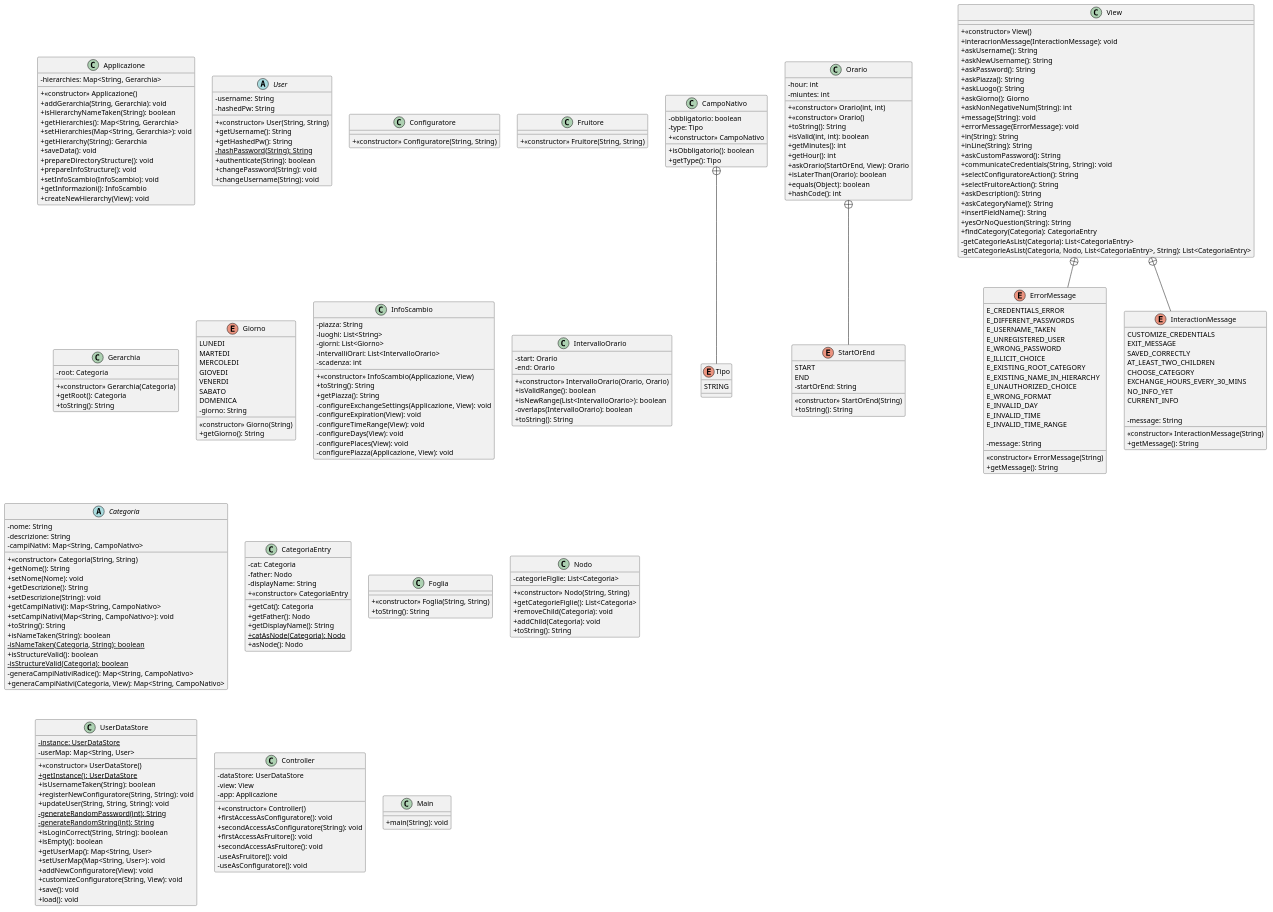
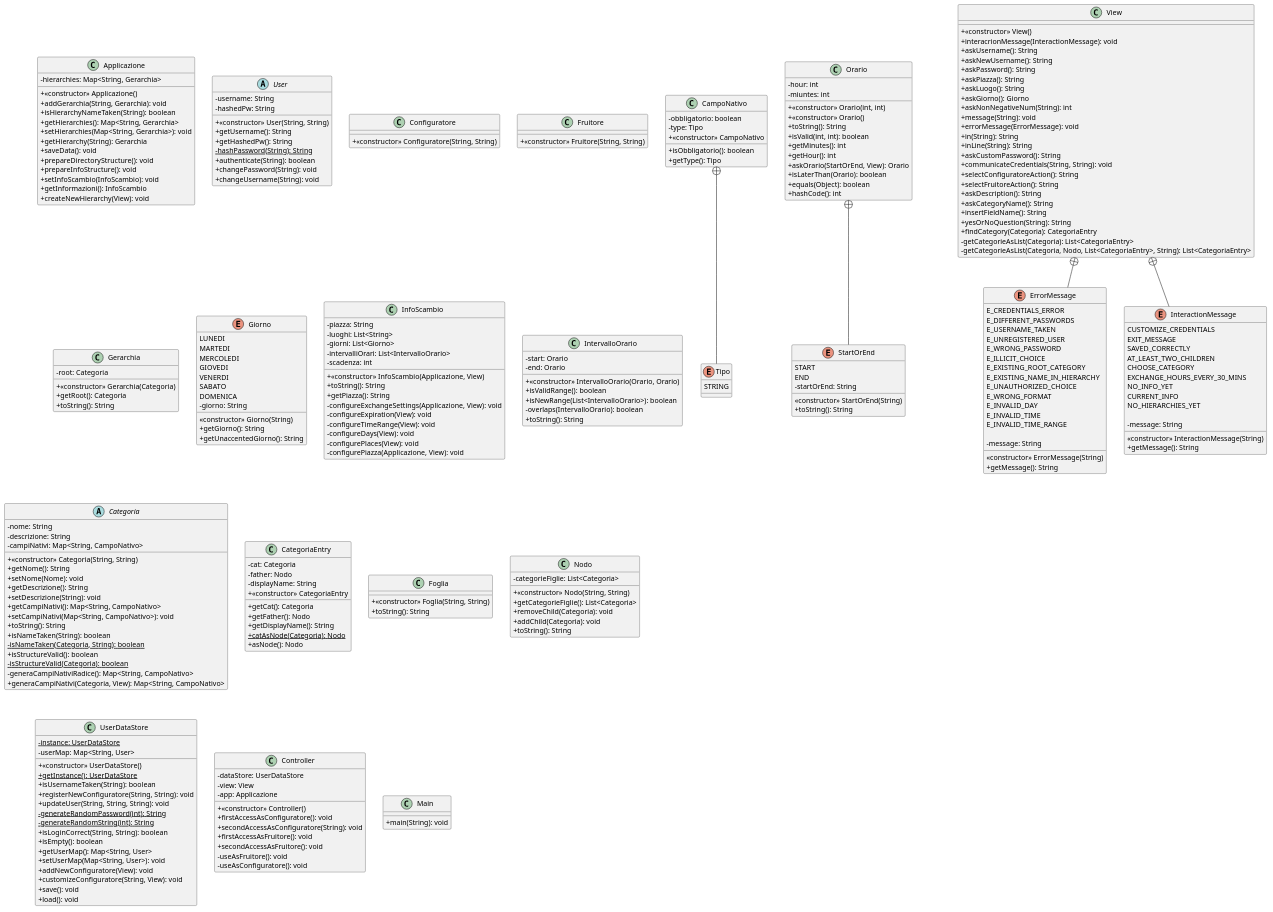
One commit to eletoo/inge_del_software changed the diagram in doc/uml/version2/puml/Class diagram-Version2.0.puml. Above: the diagram before and after it, drawn with PlantUML. The commit also changed 67 other files, not shown here.

```diff
--- a/doc/uml/version2/puml/Class diagram-Version2.0.puml
+++ b/doc/uml/version2/puml/Class diagram-Version2.0.puml
@@ -67,6 +67,7 @@
 - giorno: String
 <<constructor>> Giorno(String)
 + getGiorno(): String
++ getUnaccentedGiorno(): String
 }
 
 class InfoScambio{
@@ -221,6 +222,7 @@
 EXCHANGE_HOURS_EVERY_30_MINS
 NO_INFO_YET
 CURRENT_INFO
+NO_HIERARCHIES_YET
 
 - message: String
 <<constructor>> InteractionMessage(String)
```
